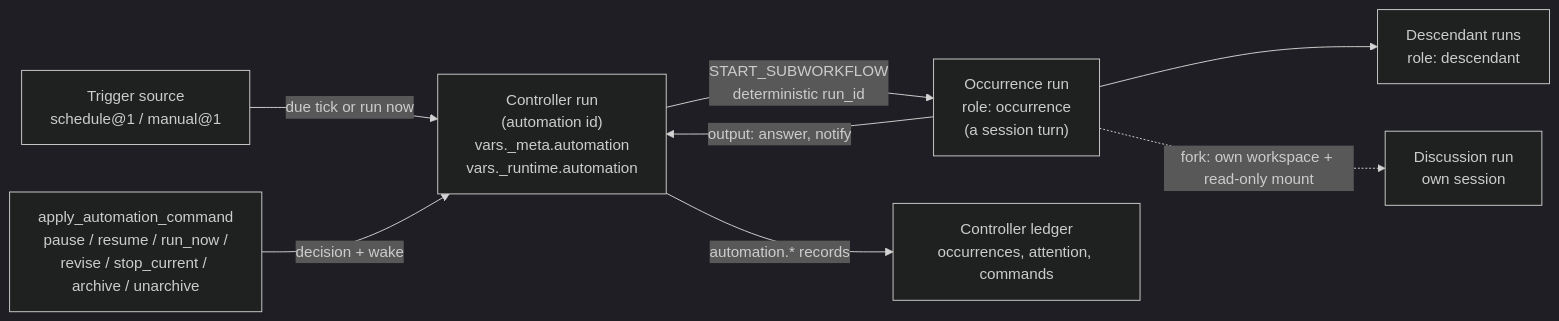
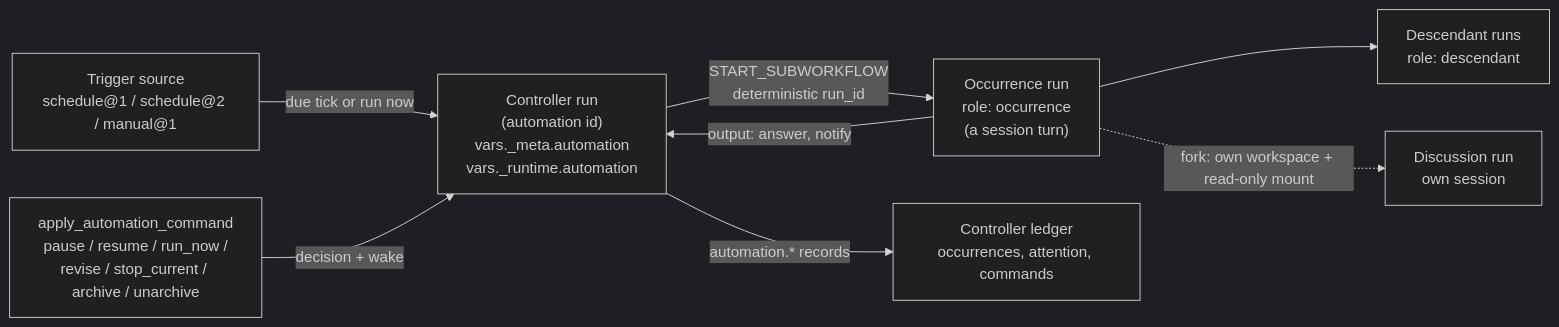
Before and after one commit to lpalbou/AbstractRuntime: the first of 2 diagrams in docs/automations.md, drawn with Mermaid (dark theme). The commit also changed other lines of this file and 8 other files, not shown here.

Commit message:
docs: schedule@2 (calendar rules in a time zone, DST, monthly clamp, catch-up) in automations/api/faq/architecture; CHANGELOG Unreleased; llms regenerated

````diff
--- a/docs/automations.md
+++ b/docs/automations.md
@@ -34,10 +34,10 @@
 ```mermaid
 flowchart LR
-  Trigger["Trigger source<br/>schedule@1 / manual@1"] -->|"due tick or run now"| Controller["Controller run<br/>(automation id)<br/>vars._meta.automation<br/>vars._runtime.automation"]
+  Trigger["Trigger source<br/>schedule@1 / schedule@2 / manual@1"] -->|"due tick or run now"| Controller["Controller run<br/>(automation id)<br/>vars._meta.automation<br/>vars._runtime.automation"]
   Commands["apply_automation_command<br/>pause / resume / run_now /<br/>revise / stop_current / archive / unarchive"] -->|"decision + wake"| Controller
   Controller -->|"START_SUBWORKFLOW<br/>deterministic run_id"| Occurrence["Occurrence run<br/>role: occurrence<br/>(a session turn)"]
   Occurrence --> Descendants["Descendant runs<br/>role: descendant"]
   Occurrence -->|"output: answer, notify"| Controller
   Controller -->|"automation.* records"| Ledger["Controller ledger<br/>occurrences, attention, commands"]
   Occurrence -.->|"fork: own workspace + read-only mount"| Discussion["Discussion run<br/>own session"]
 ```
````
